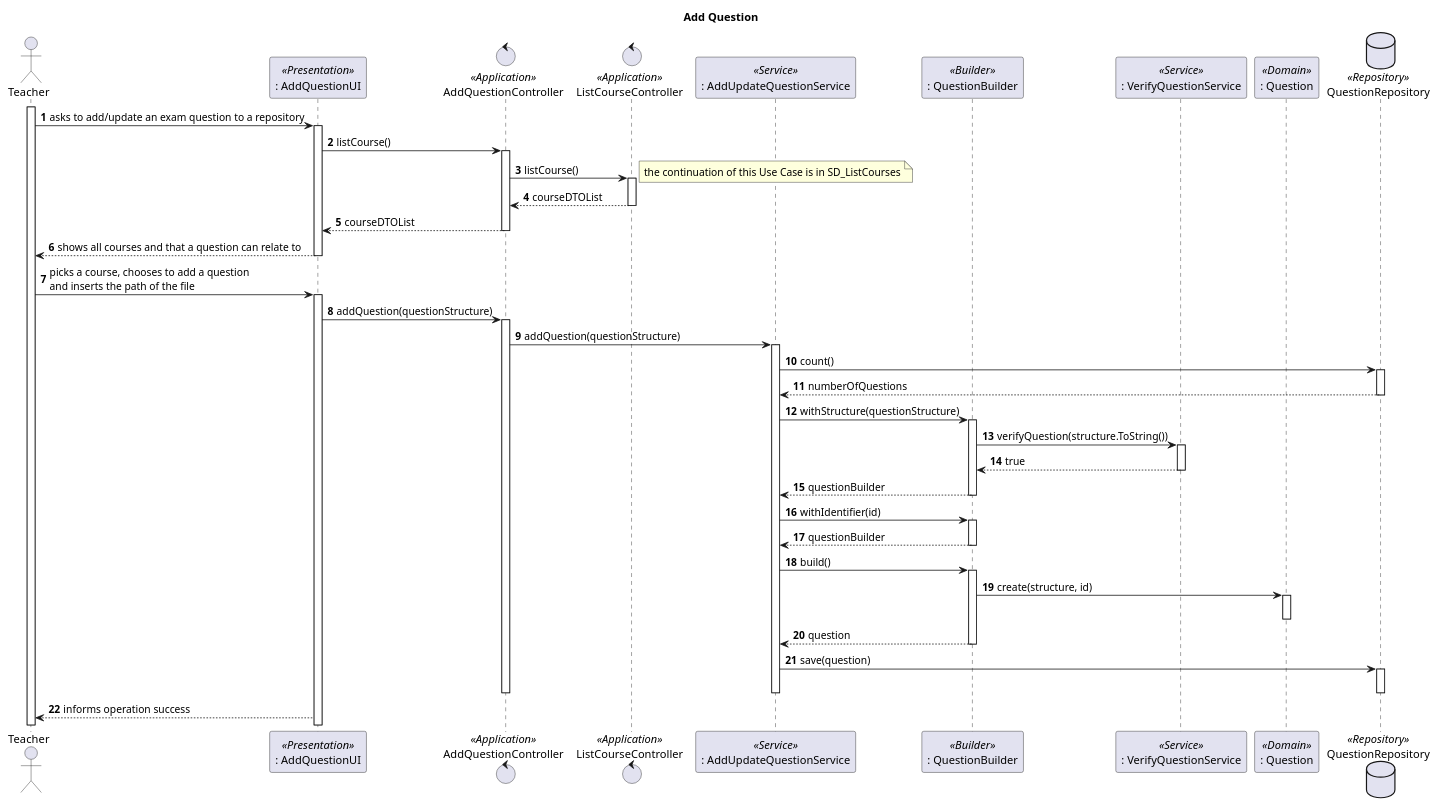
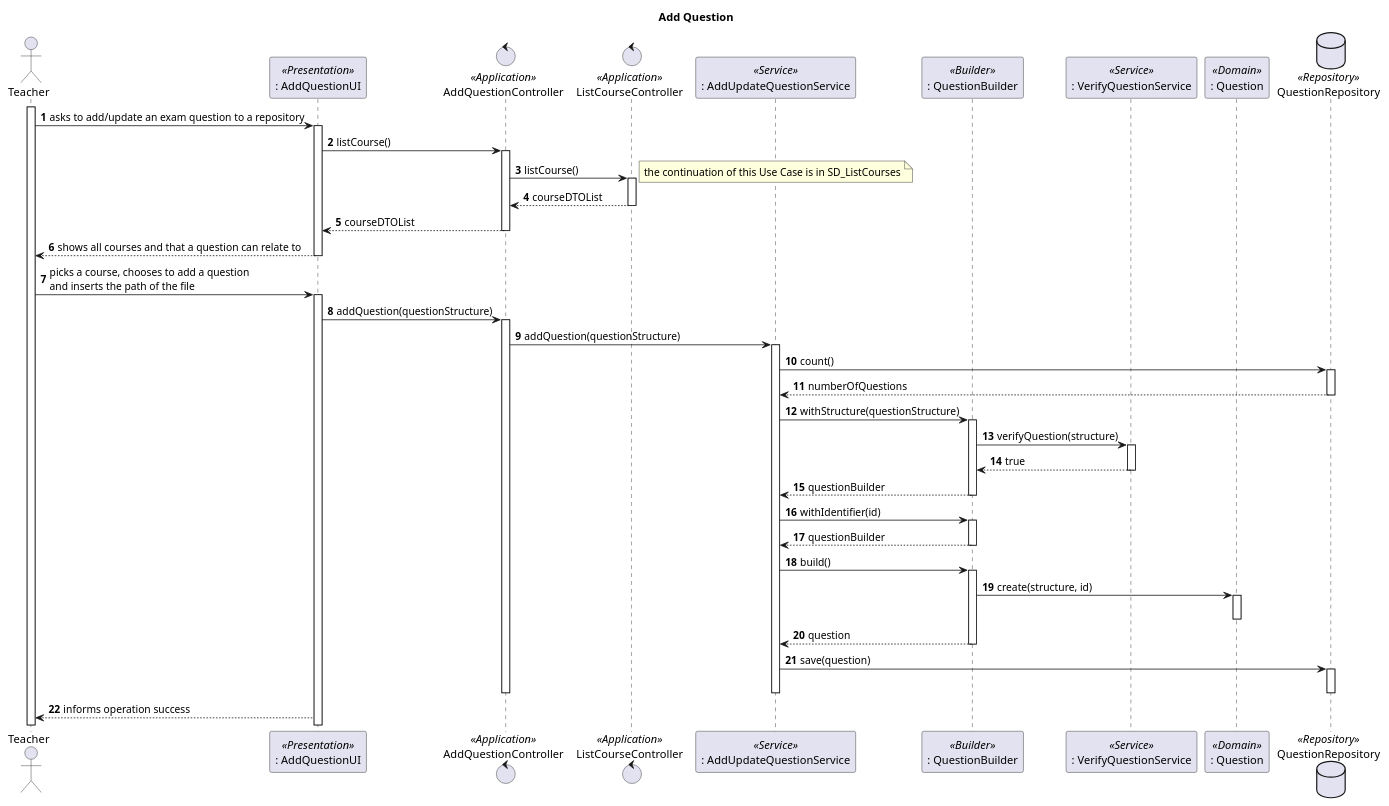
The diagram in docs/Sprint_B/us_2007/us_2007_SD_add.puml (Marco-Nobrega-Andrade/sem4pi_22_23), drawn with PlantUML before and after one commit. The commit also changed 1 other file, not shown here.

```diff
--- a/docs/Sprint_B/us_2007/us_2007_SD_add.puml
+++ b/docs/Sprint_B/us_2007/us_2007_SD_add.puml
@@ -1,79 +1,79 @@
 @startuml
 autonumber
 title Add Question
 
 actor "Teacher" as T
 
 participant ": AddQuestionUI" as UI <<Presentation>>
 control "AddQuestionController" as CTRL <<Application>>
 control "ListCourseController" as LCCTRL <<Application>>
 participant ": AddUpdateQuestionService" as AUQS <<Service>>
 participant ": QuestionBuilder" as QB <<Builder>>
 participant ": VerifyQuestionService" as VQS <<Service>>
 participant ": Question" as Q <<Domain>>
 database QuestionRepository as QR <<Repository>>
 
 activate T
 T -> UI : asks to add/update an exam question to a repository
 activate UI
 
 
 UI -> CTRL : listCourse()
 activate CTRL
 CTRL->LCCTRL : listCourse()
 note right: the continuation of this Use Case is in SD_ListCourses
 activate LCCTRL
 LCCTRL --> CTRL : courseDTOList
 deactivate LCCTRL
 CTRL --> UI :courseDTOList
 deactivate CTRL
 
 
 UI --> T : shows all courses and that a question can relate to
 deactivate UI
 
 T -> UI : picks a course, chooses to add a question \rand inserts the path of the file
 activate UI
 
 UI -> CTRL : addQuestion(questionStructure)
 activate CTRL
 
 CTRL -> AUQS : addQuestion(questionStructure)
 activate AUQS
 
 AUQS -> QR : count()
 activate QR
 QR --> AUQS : numberOfQuestions
 deactivate QR
 AUQS -> QB : withStructure(questionStructure)
 activate QB
-QB -> VQS : verifyQuestion(structure.ToString())
+QB -> VQS : verifyQuestion(structure)
 activate VQS
 VQS --> QB : true
 deactivate VQS
 QB --> AUQS : questionBuilder
 deactivate QB
 AUQS -> QB : withIdentifier(id)
 activate QB
 QB --> AUQS : questionBuilder
 deactivate QB
 AUQS -> QB : build()
 activate QB
 
 QB -> Q : create(structure, id)
 activate Q
 
 deactivate Q
 QB --> AUQS : question
 deactivate QB
 
 
 AUQS -> QR : save(question)
 activate QR
 deactivate QR
 deactivate AUQS
 deactivate CTRL
 
 UI--> T : informs operation success
 
 @enduml
```
